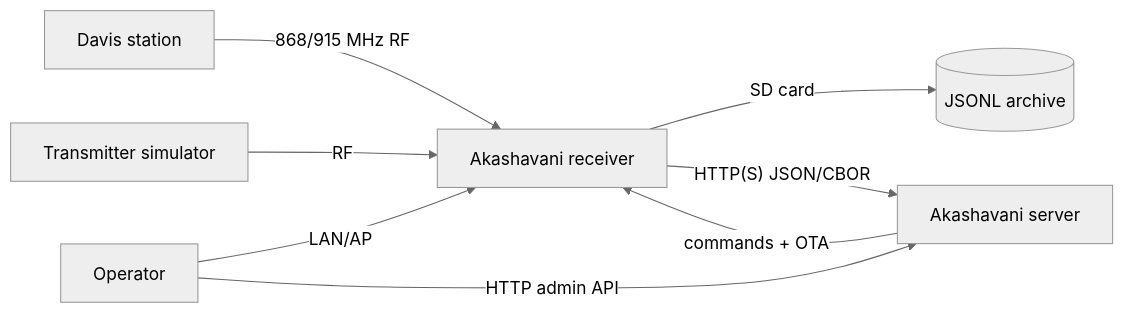
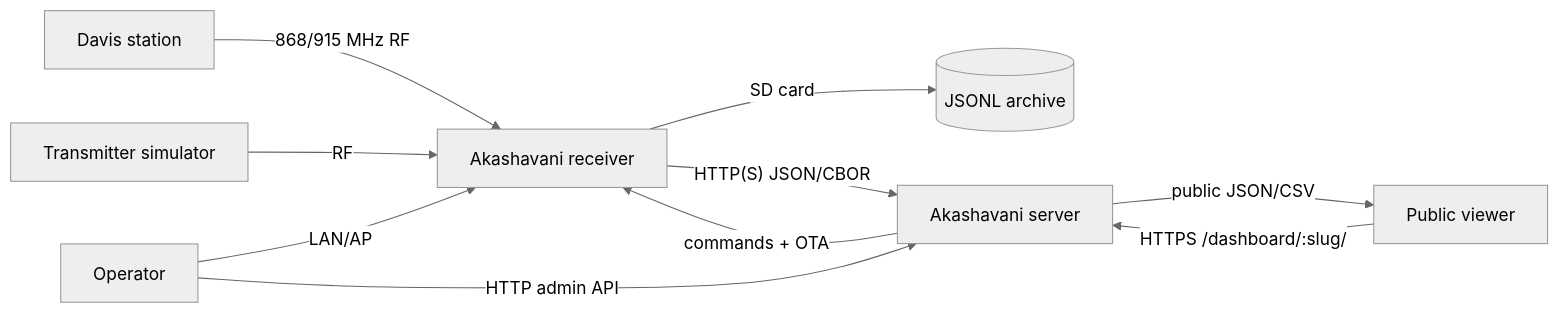
The first of 3 diagrams in docs/architecture/overview.md (rsmoorthy/akashavani), drawn with Mermaid (neutral theme) before and after one commit. The commit also changed other lines of this file and 80 other files, not shown here.

Commit message:
Add public weather dashboard and device slugs

````diff
--- a/docs/architecture/overview.md
+++ b/docs/architecture/overview.md
@@ -5,10 +5,12 @@
 ```mermaid
 flowchart LR
   station[Davis station] -- 868/915 MHz RF --> rx[Akashavani receiver]
   sim[Transmitter simulator] -- RF --> rx
   rx -- SD card --> archive[(JSONL archive)]
   rx -- HTTP(S) JSON/CBOR --> server[Akashavani server]
   server -- commands + OTA --> rx
   admin[Operator] -- LAN/AP --> rx
   admin -- HTTP admin API --> server
+  viewer[Public viewer] -- HTTPS /dashboard/:slug/ --> server
+  server -- public JSON/CSV --> viewer
 ```
````
